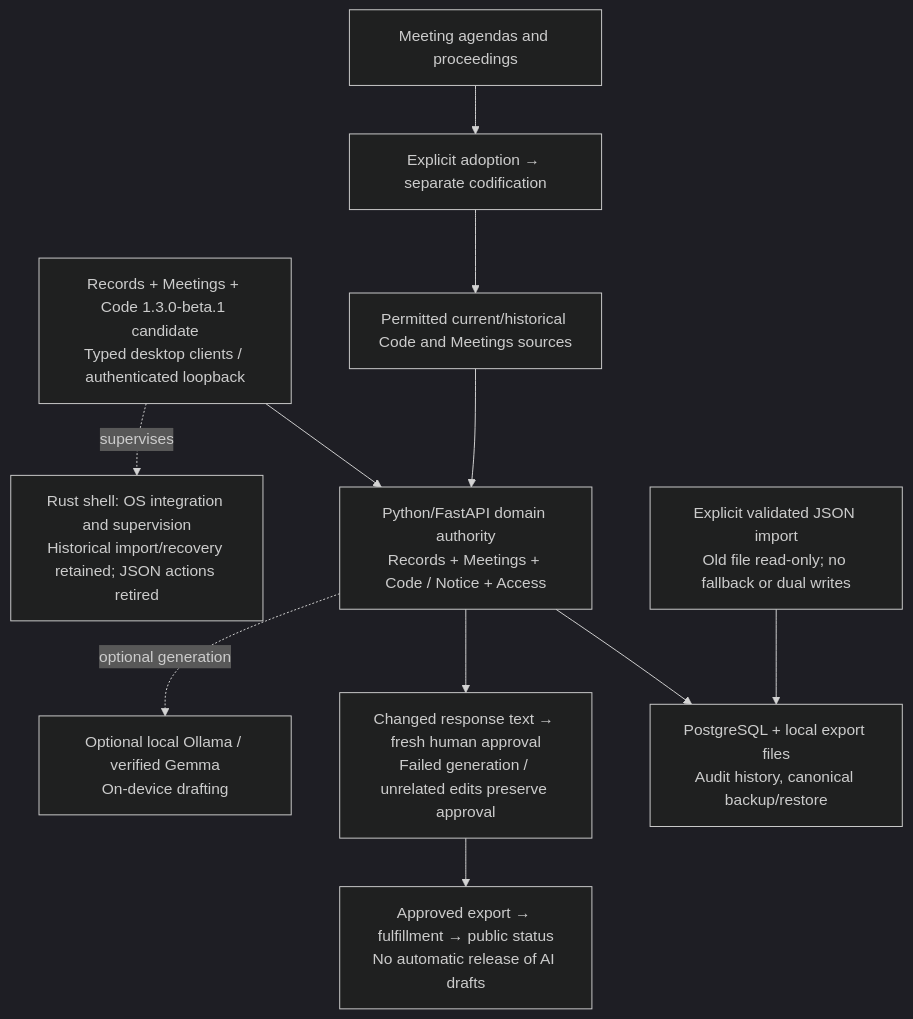
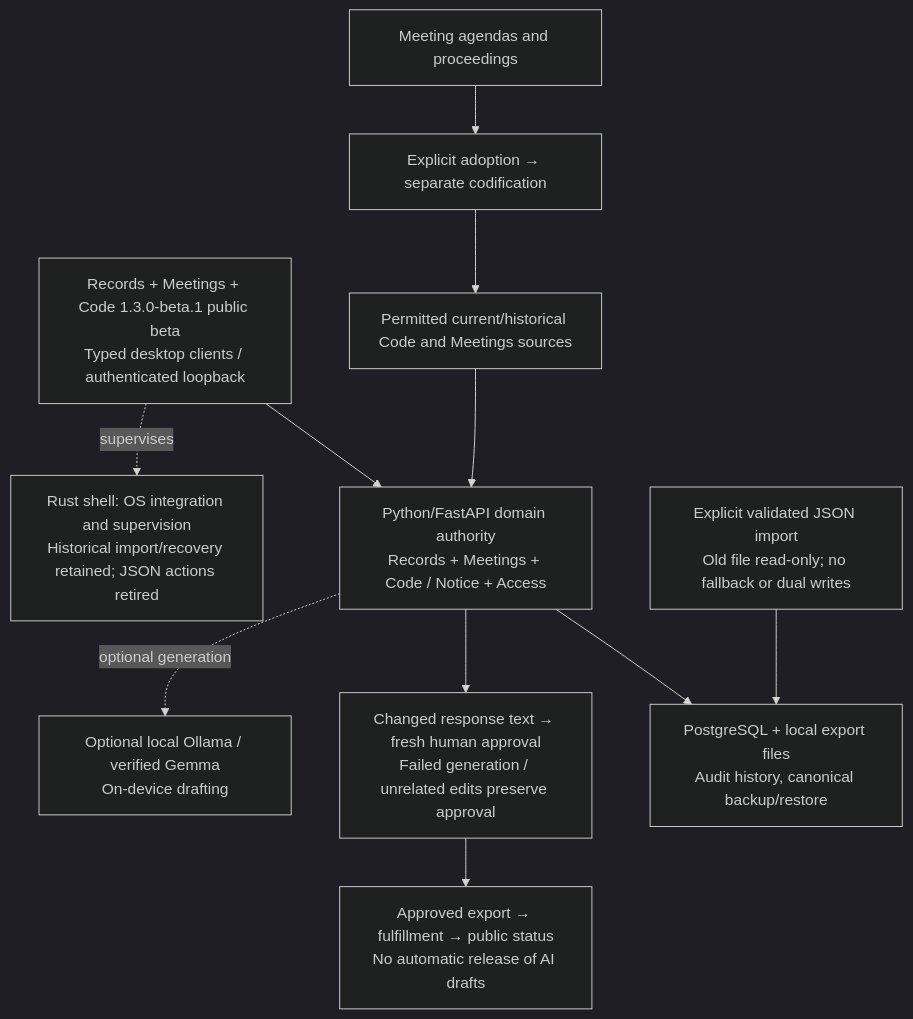
Before and after one commit to townlight/townlight: the diagram in docs/diagrams/suite-architecture.mmd, drawn with Mermaid (dark theme). The commit also changed 20 other files, not shown here.

Commit message:
docs: publish connected Records Meetings Code beta evidence and operator guidance (#266)

```diff
--- a/docs/diagrams/suite-architecture.mmd
+++ b/docs/diagrams/suite-architecture.mmd
@@ -1,18 +1,18 @@
 flowchart TB
-    UI["Records + Meetings + Code 1.3.0-beta.1 candidate<br/>Typed desktop clients / authenticated loopback"]
+    UI["Records + Meetings + Code 1.3.0-beta.1 public beta<br/>Typed desktop clients / authenticated loopback"]
     Domain["Python/FastAPI domain authority<br/>Records + Meetings + Code / Notice + Access"]
     State["PostgreSQL + local export files<br/>Audit history, canonical backup/restore"]
     Review["Changed response text → fresh human approval<br/>Failed generation / unrelated edits preserve approval"]
     Release["Approved export → fulfillment → public status<br/>No automatic release of AI drafts"]
     Runtime["Rust shell: OS integration and supervision<br/>Historical import/recovery retained; JSON actions retired"]
     Import["Explicit validated JSON import<br/>Old file read-only; no fallback or dual writes"]
     AI["Optional local Ollama / verified Gemma<br/>On-device drafting"]
     UI --> Domain
     Domain --> State
     Meetings["Meeting agendas and proceedings"] --> Decisions["Explicit adoption → separate codification"]
     Decisions --> Sources["Permitted current/historical Code and Meetings sources"]
     Sources --> Domain
     Import --> State
     Domain --> Review --> Release
     UI -. supervises .-> Runtime
     Domain -. optional generation .-> AI
```
